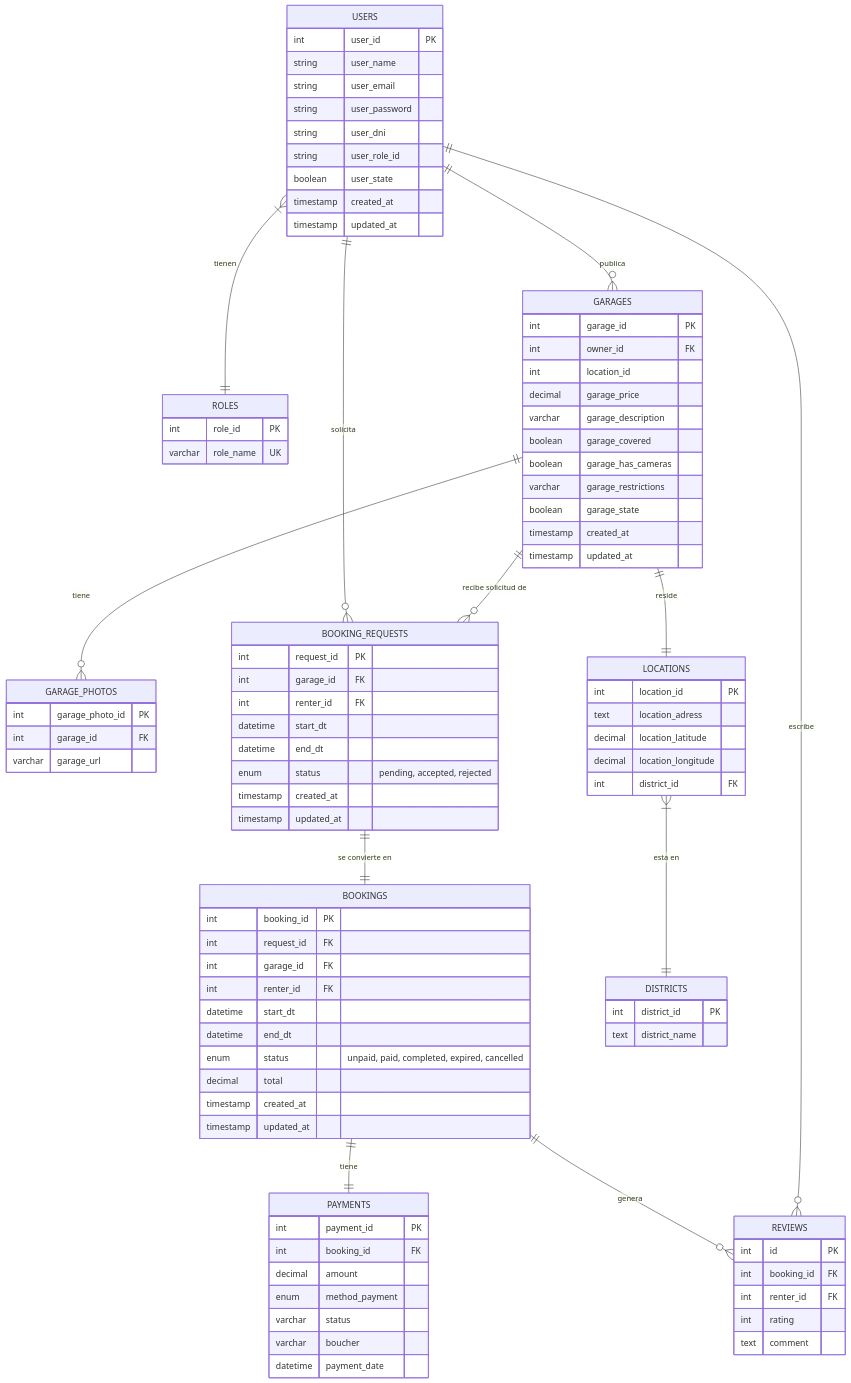
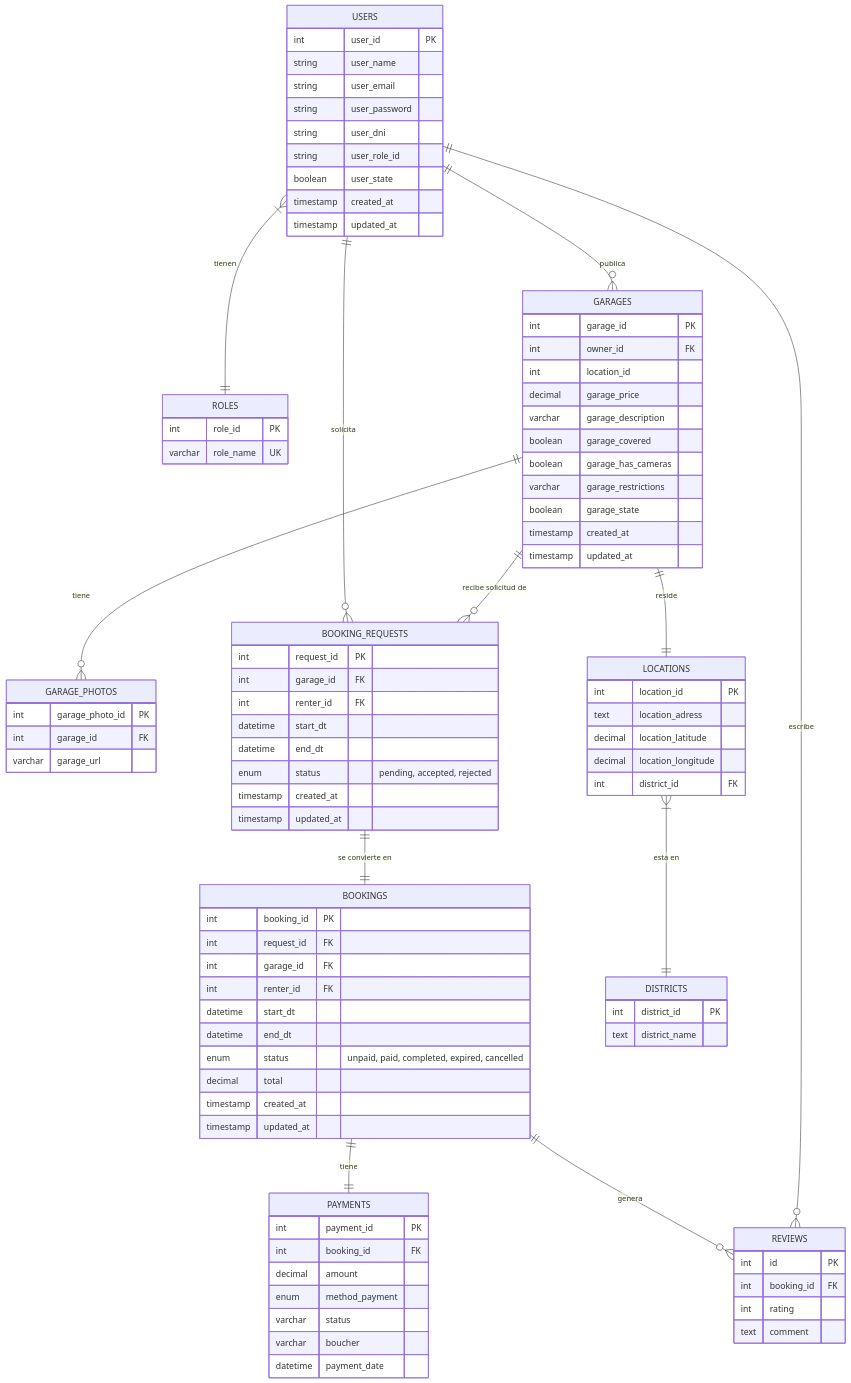
The diagram in docs/models/erd.mmd (BrayanYinLin/estaciona-ya), drawn with Mermaid before and after one commit. The commit also changed 9 other files, not shown here.

```diff
--- a/docs/models/erd.mmd
+++ b/docs/models/erd.mmd
@@ -1,107 +1,106 @@
 erDiagram
     USERS {
         int user_id PK
         string user_name
         string user_email
         string user_password
         string user_dni
         string user_role_id
         boolean user_state
         timestamp created_at
         timestamp updated_at
     }
 
     ROLES {
        int role_id PK
        varchar role_name UK
     }
 
     GARAGES {
         int garage_id PK
         int owner_id FK
         int location_id
         decimal garage_price
         varchar garage_description
         boolean garage_covered
         boolean garage_has_cameras
         varchar garage_restrictions
         boolean garage_state
         timestamp created_at
         timestamp updated_at
     }
 
     GARAGE_PHOTOS {
         int garage_photo_id PK
         int garage_id FK
         varchar garage_url
     }
 
     BOOKING_REQUESTS {
         int request_id PK
         int garage_id FK
         int renter_id FK
         datetime start_dt
         datetime end_dt
         enum status "pending, accepted, rejected"
         timestamp created_at
         timestamp updated_at
     }
 
     BOOKINGS {
         int booking_id PK
         int request_id FK
         int garage_id FK
         int renter_id FK
         datetime start_dt
         datetime end_dt
         enum status "unpaid, paid, completed, expired, cancelled"
         decimal total
         timestamp created_at
         timestamp updated_at
     }
 
     PAYMENTS {
         int payment_id PK
         int booking_id FK
         decimal amount
         enum method_payment
         varchar status
         varchar boucher
         datetime payment_date
     }
 
     REVIEWS {
         int id PK
         int booking_id FK
-        int renter_id FK
         int rating
         text comment
     }
 
     DISTRICTS {
         int district_id PK
         text district_name
     }
     
     LOCATIONS {
         int location_id PK
         text location_adress
         decimal location_latitude
         decimal location_longitude
         int district_id FK
     }
 
     USERS ||--o{ GARAGES : "publica"
     USERS ||--o{ BOOKING_REQUESTS : "solicita"
     USERS  }|--|| ROLES: "tienen"
     
     GARAGES ||--o{ BOOKING_REQUESTS : "recibe solicitud de"
     GARAGES ||--o{ GARAGE_PHOTOS : "tiene"
     GARAGES ||--|| LOCATIONS : "reside"
 
     BOOKING_REQUESTS ||--|| BOOKINGS : "se convierte en"
     
     BOOKINGS ||--|| PAYMENTS : "tiene"
     BOOKINGS ||--o{ REVIEWS : "genera"
     USERS ||--o{ REVIEWS : "escribe"
     LOCATIONS }|--|| DISTRICTS: "esta en"
```
